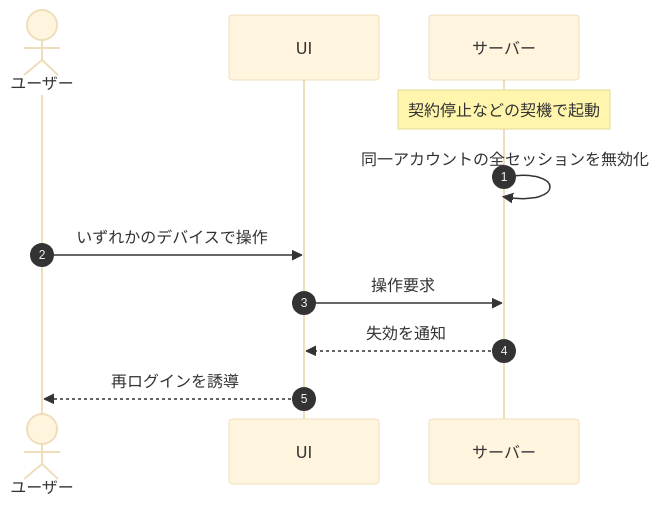
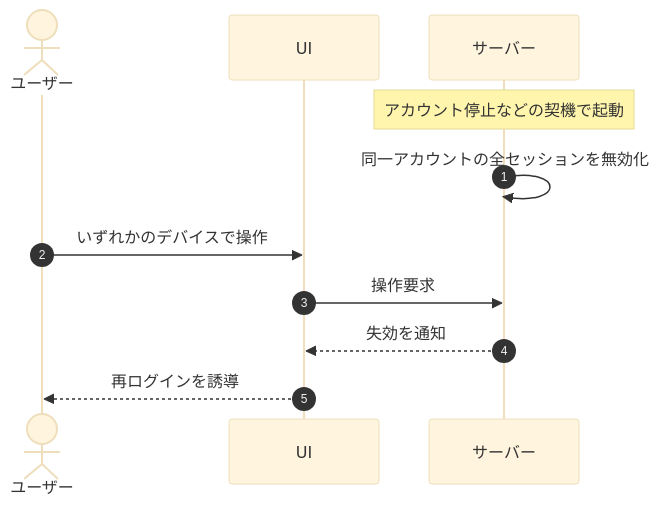
Before and after one commit to sikakou54/open-faq: diagram 47 of 60 in 01_requirements/02_functional_requirement/01_account-fr.md, drawn with Mermaid (base theme). The commit also changed other lines of this file and 294 other files, not shown here.

````diff
--- a/01_requirements/02_functional_requirement/01_account-fr.md
+++ b/01_requirements/02_functional_requirement/01_account-fr.md
@@ -1301,13 +1302,13 @@
 ```mermaid
 sequenceDiagram
   autonumber
   actor U as ユーザー
   participant UI as UI
   participant S as サーバー
-  Note over S: 契約停止などの契機で起動
+  Note over S: アカウント停止などの契機で起動
   S->>S: 同一アカウントの全セッションを無効化
   U->>UI: いずれかのデバイスで操作
   UI->>S: 操作要求
   S-->>UI: 失効を通知
   UI-->>U: 再ログインを誘導
 ```
````
